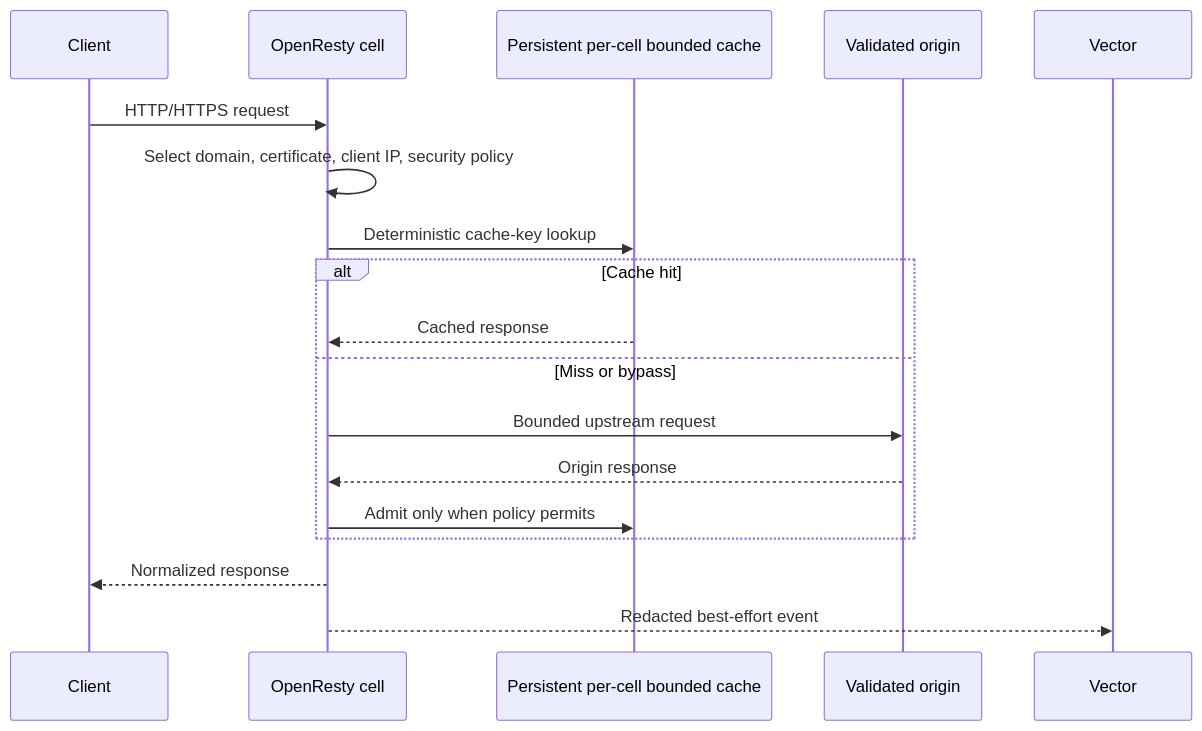
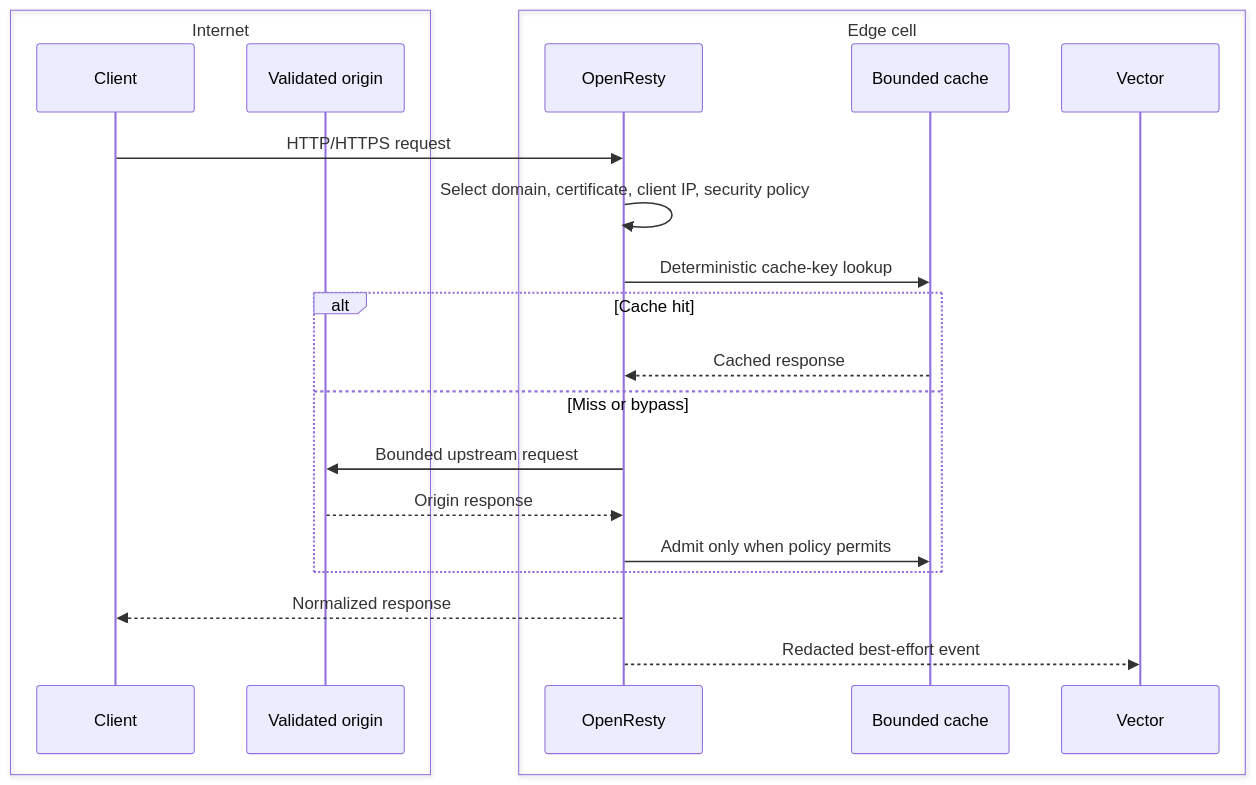
Before and after one commit to vaheed/CDNFoundry: the second of 5 diagrams in docs/architecture/data-flows.md, drawn with Mermaid. The commit also changed other lines of this file and 24 other files, not shown here.

````diff
--- a/docs/architecture/data-flows.md
+++ b/docs/architecture/data-flows.md
@@ -38,20 +42,24 @@
 ```mermaid
 sequenceDiagram
-    participant C as Client
-    participant E as OpenResty cell
-    participant Cache as Persistent per-cell bounded cache
-    participant O as Validated origin
-    participant V as Vector
+    box Internet
+      participant C as Client
+      participant O as Validated origin
+    end
+    box Edge cell
+      participant E as OpenResty
+      participant Cache as Bounded cache
+      participant V as Vector
+    end
     C->>E: HTTP/HTTPS request
     E->>E: Select domain, certificate, client IP, security policy
     E->>Cache: Deterministic cache-key lookup
     alt Cache hit
       Cache-->>E: Cached response
     else Miss or bypass
       E->>O: Bounded upstream request
       O-->>E: Origin response
       E->>Cache: Admit only when policy permits
     end
     E-->>C: Normalized response
     E-->>V: Redacted best-effort event
 ```
````
